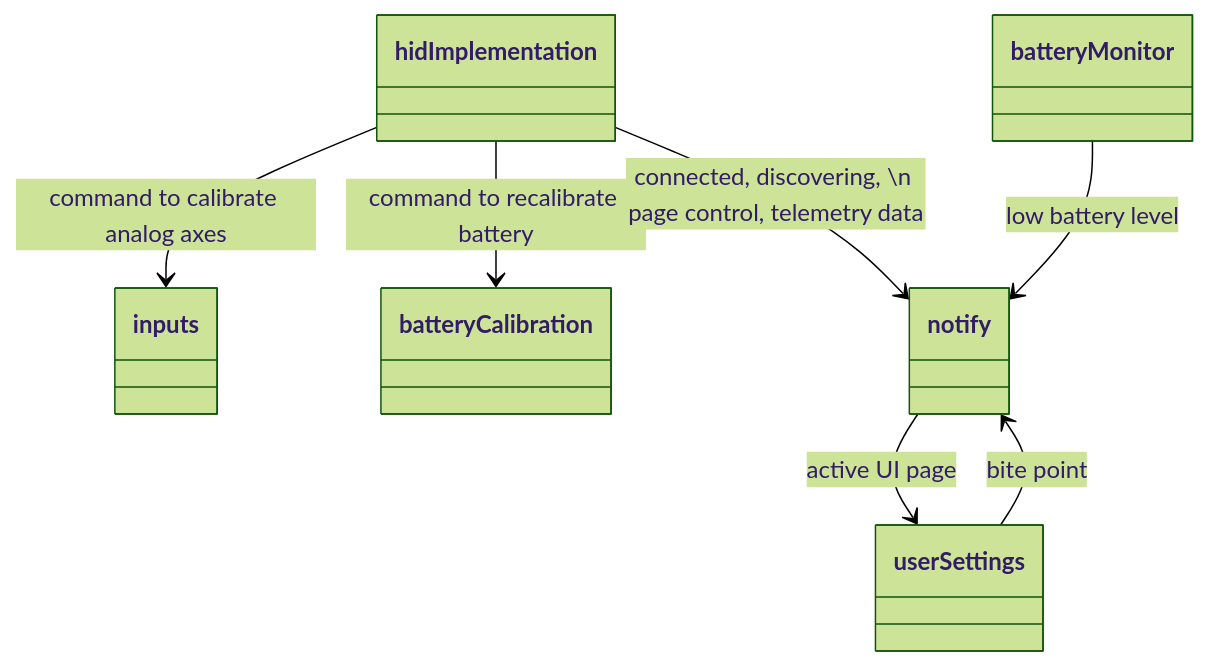
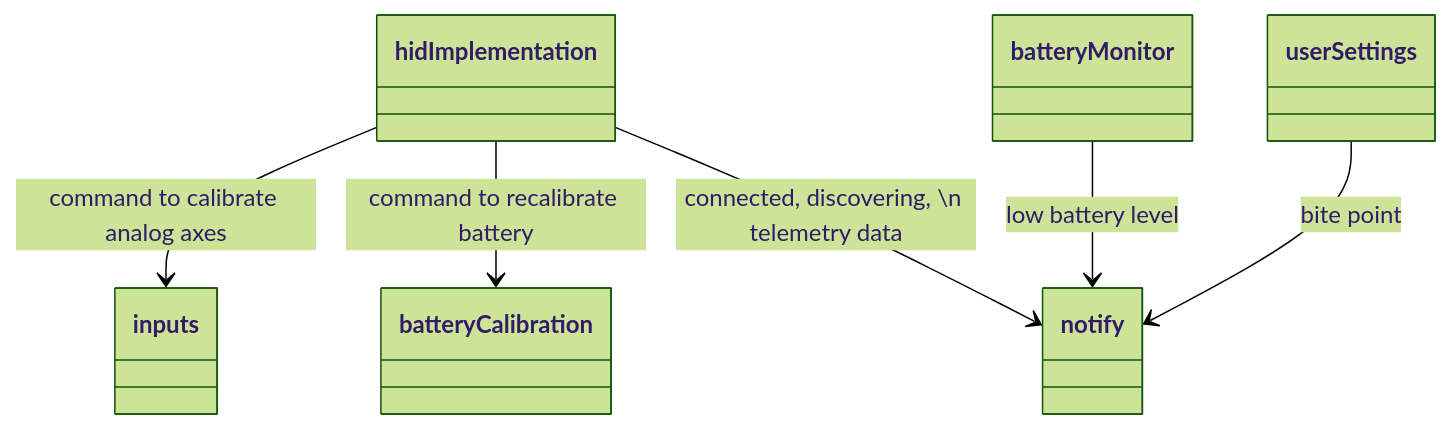
The third of 4 diagrams in doc/firmware/FirmwareArchitecture_en.md (afpineda/OpenSourceSimWheelESP32), drawn with Mermaid (forest theme) before and after one commit. The commit also changed other lines of this file and 19 other files, not shown here.

Commit message:
Remove UI page control feature

````diff
--- a/doc/firmware/FirmwareArchitecture_en.md
+++ b/doc/firmware/FirmwareArchitecture_en.md
@@ -135,9 +135,8 @@
 ```mermaid
 classDiagram
     hidImplementation --> inputs: command to calibrate analog axes
     hidImplementation --> batteryCalibration: command to recalibrate battery
-    hidImplementation --> notify: connected, discovering, \n page control, telemetry data
+    hidImplementation --> notify: connected, discovering, \n telemetry data
     batteryMonitor --> notify: low battery level
     userSettings --> notify: bite point
-    notify --> userSettings: active UI page
 ```
````
